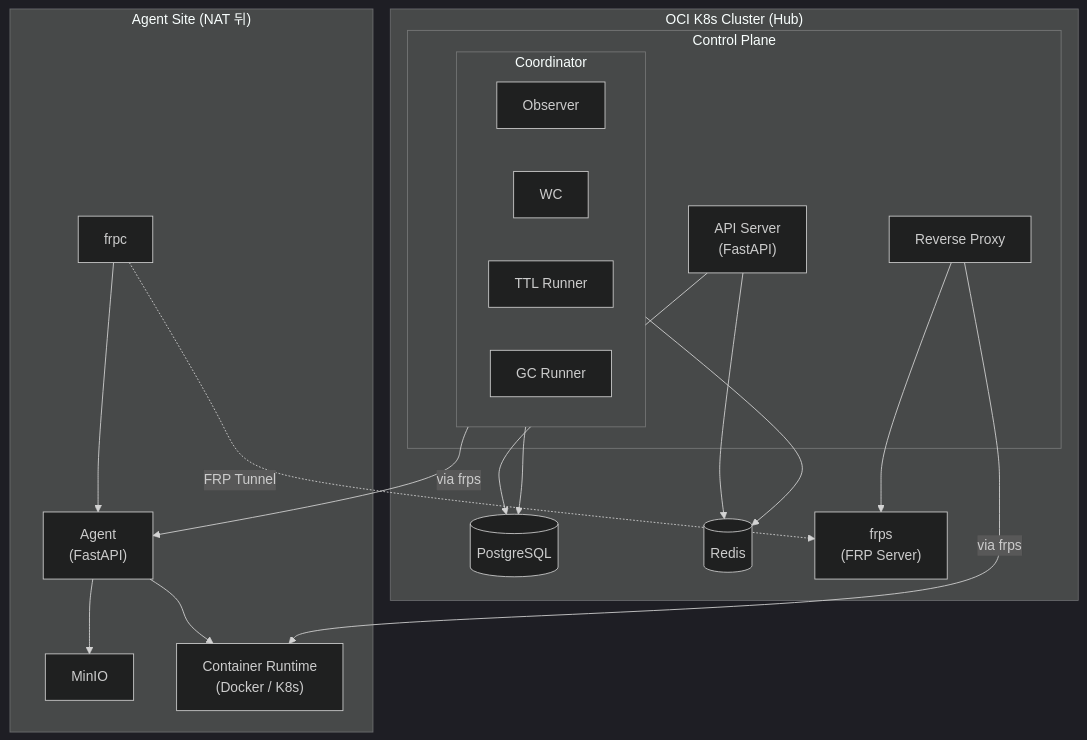
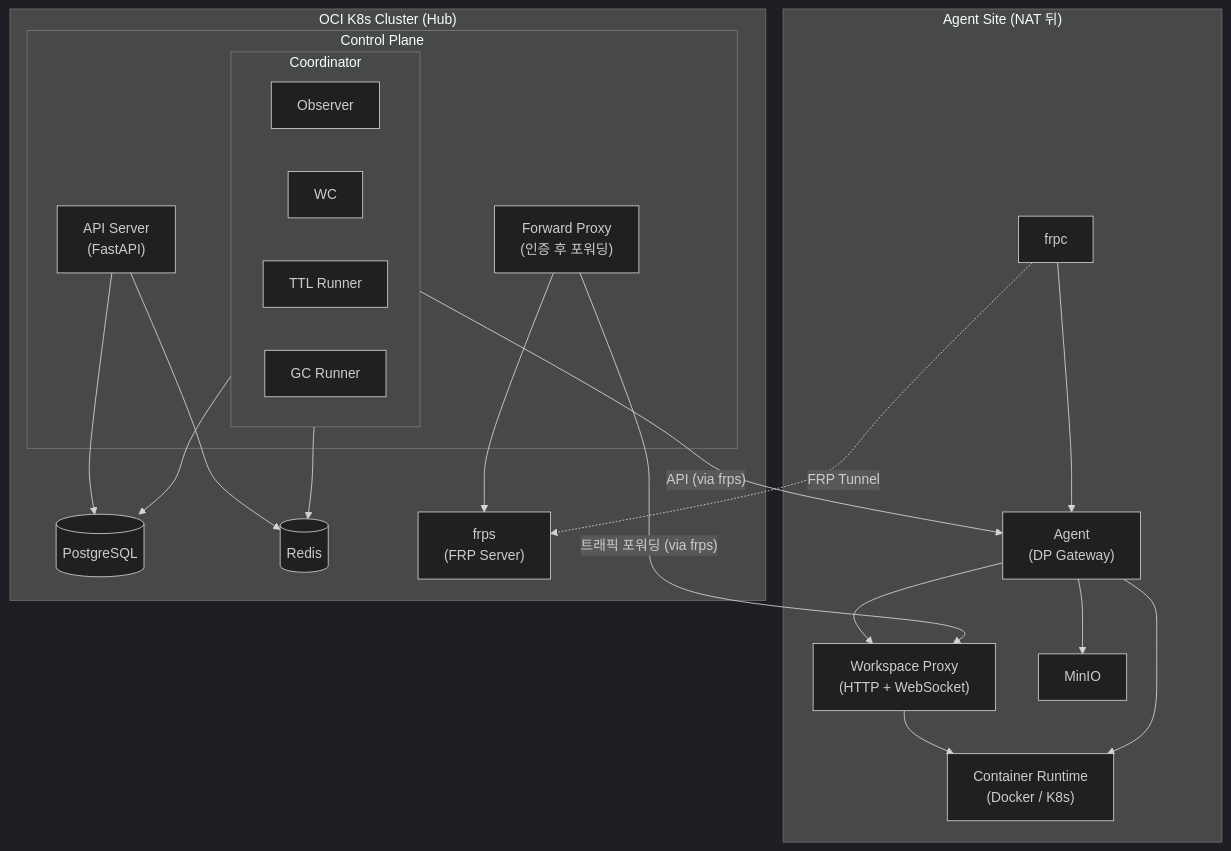
One commit to cagojeiger/code-hub changed the diagram in docs/architecture/hub-spoke.md. Above: the diagram before and after it, drawn with Mermaid (dark theme). The commit also changed other lines of this file and 1 other file, not shown here.

First line of the commit message:
docs: update architecture for Double Proxy and Phase 0.5

````diff
--- a/docs/architecture/hub-spoke.md
+++ b/docs/architecture/hub-spoke.md
@@ -11,39 +11,42 @@
 ```mermaid
 flowchart TB
     subgraph Hub["OCI K8s Cluster (Hub)"]
         subgraph CP["Control Plane"]
             API["API Server<br/>(FastAPI)"]
-            Proxy["Reverse Proxy"]
+            FwdProxy["Forward Proxy<br/>(인증 후 포워딩)"]
             subgraph Coord["Coordinator"]
                 OB["Observer"]
                 WC["WC"]
                 TTL["TTL Runner"]
                 GC["GC Runner"]
             end
         end
         DB[(PostgreSQL)]
         Redis[(Redis)]
         FRPS["frps<br/>(FRP Server)"]
 
         API --> DB
         API --> Redis
         Coord --> DB
         Coord --> Redis
-        Proxy --> FRPS
+        FwdProxy --> FRPS
     end
 
     subgraph Agent1["Agent Site (NAT 뒤)"]
         FRPC1["frpc"]
-        AG1["Agent<br/>(FastAPI)"]
+        AG1["Agent<br/>(DP Gateway)"]
+        WSProxy["Workspace Proxy<br/>(HTTP + WebSocket)"]
         MINIO1["MinIO"]
         RT1["Container Runtime<br/>(Docker / K8s)"]
 
         FRPC1 --> AG1
+        AG1 --> WSProxy
+        WSProxy --> RT1
         AG1 --> MINIO1
         AG1 --> RT1
     end
 
     FRPC1 -.->|"FRP Tunnel"| FRPS
-    Coord -->|"via frps"| AG1
-    Proxy -->|"via frps"| RT1
+    Coord -->|"API (via frps)"| AG1
+    FwdProxy -->|"트래픽 포워딩 (via frps)"| WSProxy
 ```
````
